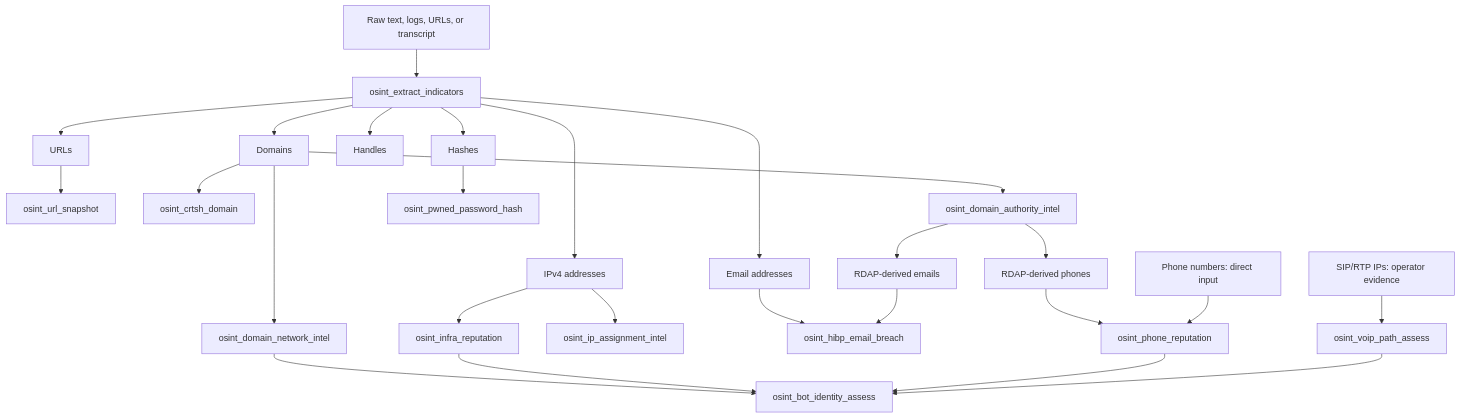
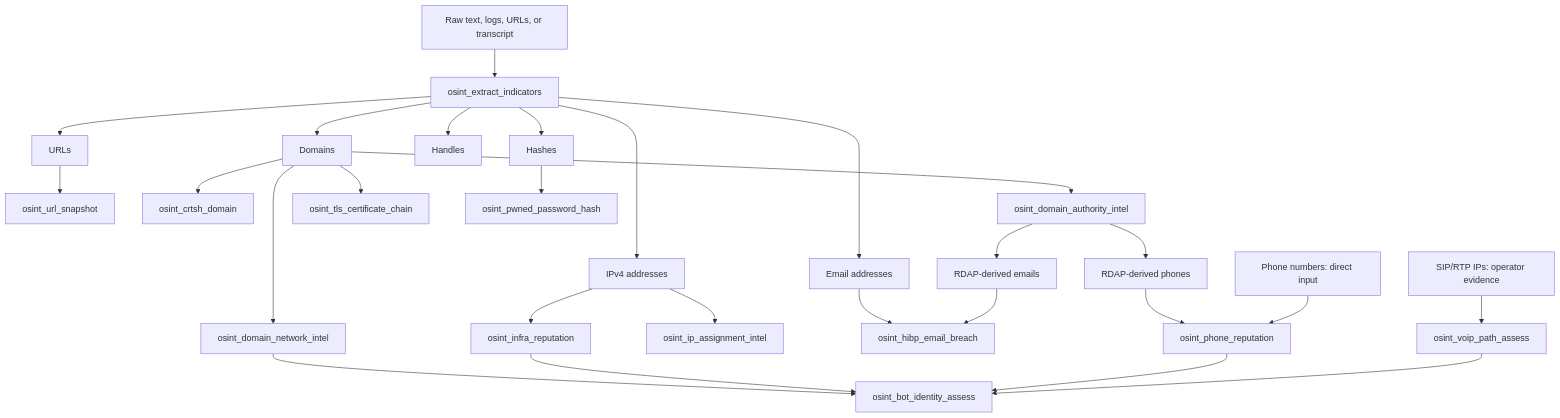
Before and after one commit to JuanHuaXu/openclaw-osint: the second of 2 diagrams in README.md, drawn with Mermaid. The commit also changed other lines of this file and 6 other files, not shown here.

Commit message:
feat: add TLS certificate chain intel

````diff
--- a/README.md
+++ b/README.md
@@ -74,31 +77,32 @@
 ```mermaid
 flowchart TD
   Text["Raw text, logs, URLs, or transcript"] --> Extract["osint_extract_indicators"]
   Extract --> Urls["URLs"]
   Extract --> Domains["Domains"]
   Extract --> Ips["IPv4 addresses"]
   Extract --> Emails["Email addresses"]
   Extract --> Handles["Handles"]
   Extract --> Hashes["Hashes"]
 
   Urls --> Snapshot["osint_url_snapshot"]
   Domains --> Certs["osint_crtsh_domain"]
   Domains --> Network["osint_domain_network_intel"]
   Domains --> Authority["osint_domain_authority_intel"]
+  Domains --> Tls["osint_tls_certificate_chain"]
   Ips --> Infra["osint_infra_reputation"]
   Ips --> IpRdap["osint_ip_assignment_intel"]
   Emails --> HibpEmail["osint_hibp_email_breach"]
   Hashes --> PwnedHash["osint_pwned_password_hash"]
   Authority --> DerivedEmails["RDAP-derived emails"]
   Authority --> DerivedPhones["RDAP-derived phones"]
   DerivedEmails --> HibpEmail
   DerivedPhones --> PhoneRep
 
   Phone["Phone numbers: direct input"] --> PhoneRep["osint_phone_reputation"]
   Sip["SIP/RTP IPs: operator evidence"] --> Voip["osint_voip_path_assess"]
 
   Network --> Bot["osint_bot_identity_assess"]
   Infra --> Bot
   PhoneRep --> Bot
   Voip --> Bot
 ```
````
